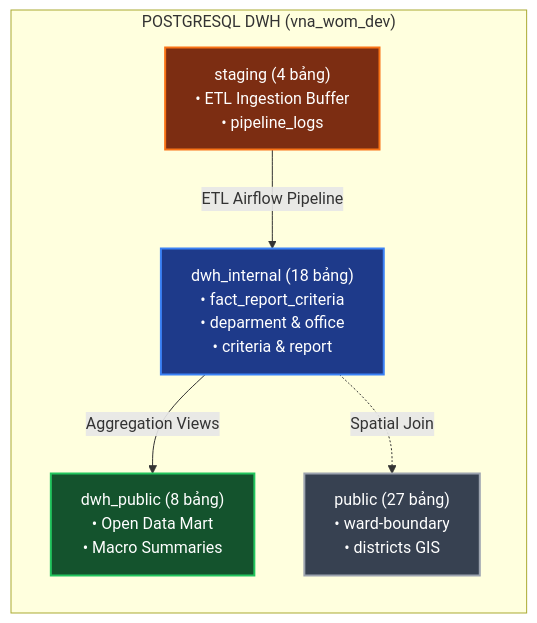
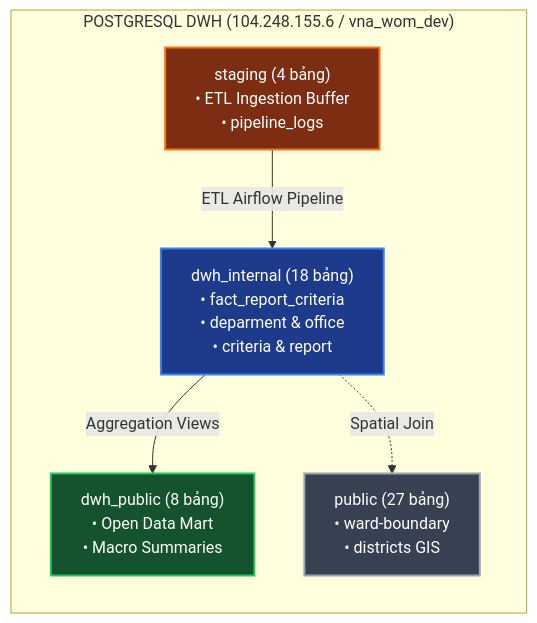
One commit to CaoAnhNato/Chatbot_HDSD changed the first of 4 diagrams in IPGov_Chatbot/blueprints/01_DATA_WAREHOUSE_VA_CAY_THUC_THE_DWH.md. Above: the diagram before and after it, drawn with Mermaid. The commit also changed other lines of this file and 136 other files, not shown here.

````diff
--- a/IPGov_Chatbot/blueprints/01_DATA_WAREHOUSE_VA_CAY_THUC_THE_DWH.md
+++ b/IPGov_Chatbot/blueprints/01_DATA_WAREHOUSE_VA_CAY_THUC_THE_DWH.md
@@ -38,24 +39,24 @@
 ```mermaid
 graph LR
-    subgraph DWH_PHYSICAL["POSTGRESQL DWH (vna_wom_dev)"]
+    subgraph DWH_PHYSICAL["POSTGRESQL DWH (104.248.155.6 / vna_wom_dev)"]
         direction TB
         STAGING["staging (4 bảng)<br/>• ETL Ingestion Buffer<br/>• pipeline_logs"]
         INTERNAL["dwh_internal (18 bảng)<br/>• fact_report_criteria<br/>• deparment & office<br/>• criteria & report"]
         PUBLIC_DATA["dwh_public (8 bảng)<br/>• Open Data Mart<br/>• Macro Summaries"]
         GIS_MASTER["public (27 bảng)<br/>• ward-boundary<br/>• districts GIS"]
     end
 
     STAGING -->|ETL Airflow Pipeline| INTERNAL
     INTERNAL -->|Aggregation Views| PUBLIC_DATA
     INTERNAL -.->|Spatial Join| GIS_MASTER
 
     classDef coreZone fill:#1e3a8a,stroke:#3b82f6,stroke-width:2px,color:#fff;
     classDef bufferZone fill:#7c2d12,stroke:#f97316,stroke-width:2px,color:#fff;
     classDef publicZone fill:#14532d,stroke:#22c55e,stroke-width:2px,color:#fff;
     classDef gisZone fill:#374151,stroke:#9ca3af,stroke-width:2px,color:#fff;
 
     class INTERNAL coreZone;
     class STAGING bufferZone;
     class PUBLIC_DATA publicZone;
     class GIS_MASTER gisZone;
 ```
````
